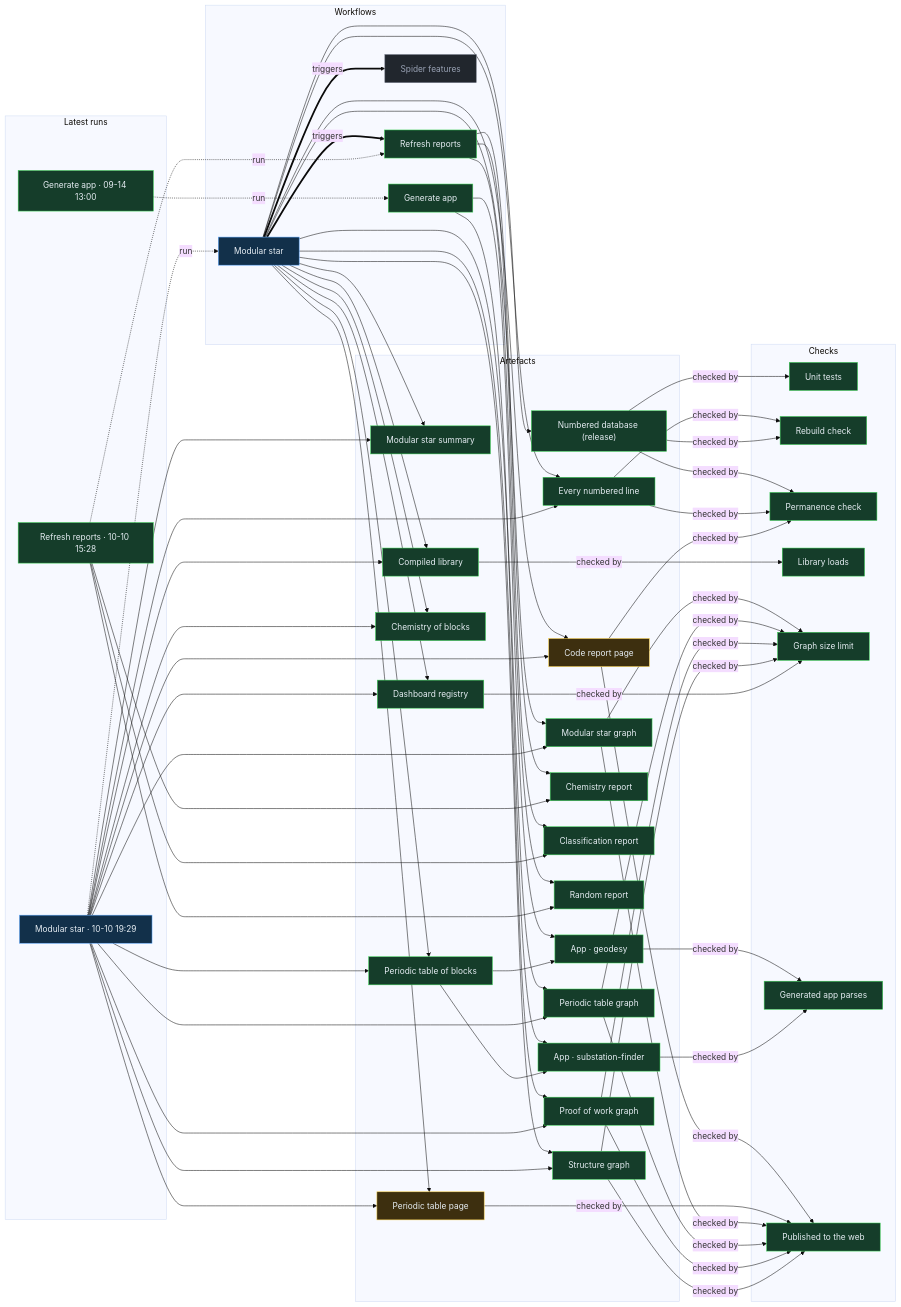
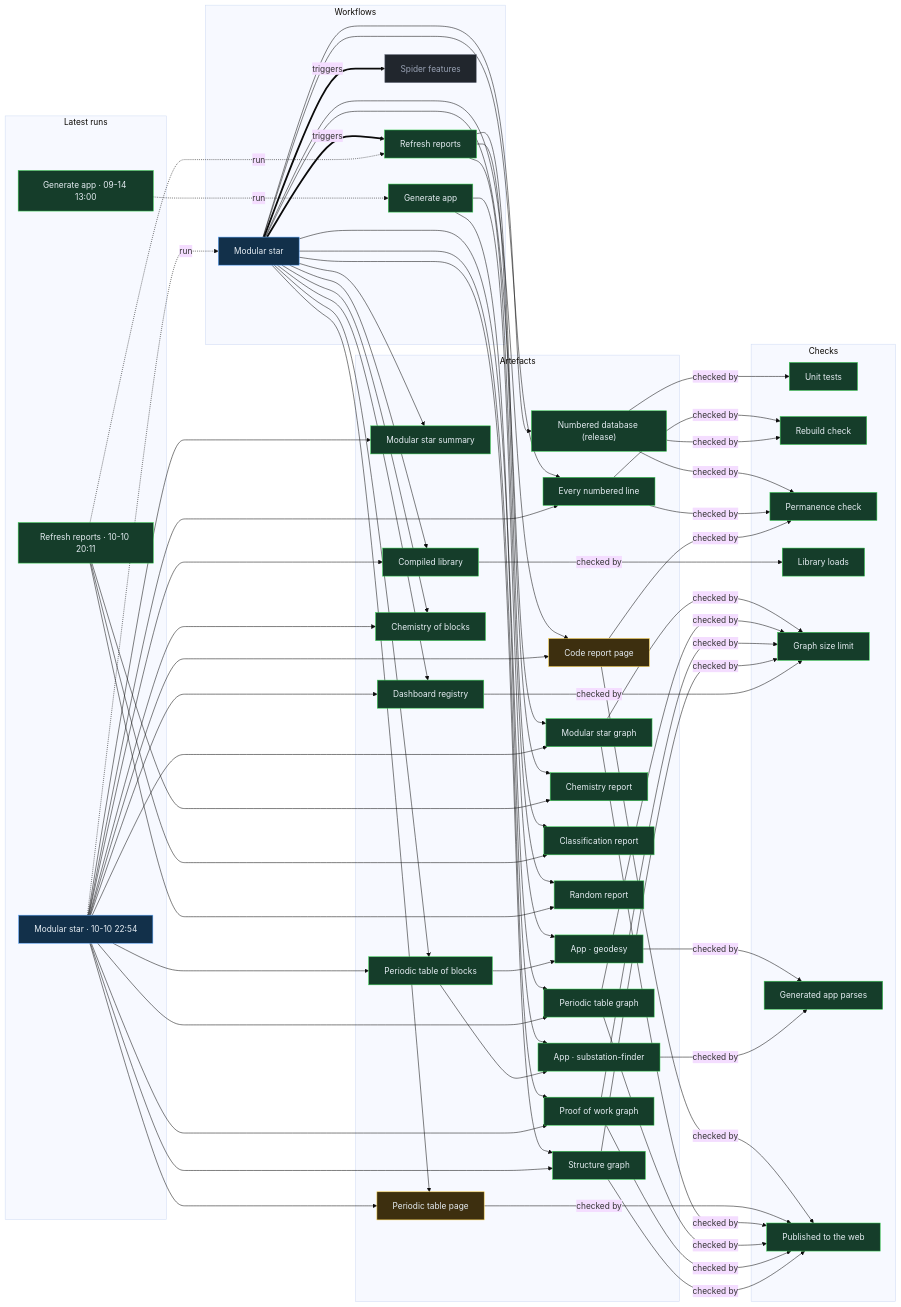
One commit to Ventusltd/stars changed the diagram in proof/PROOF.md. Above: the diagram before and after it, drawn with Mermaid (base theme). The commit also changed other lines of this file and 44 other files, not shown here.

Commit message:
Modular star 2026-10-10T22:56Z

```diff
--- a/proof/PROOF.md
+++ b/proof/PROOF.md
@@ -24,8 +24,8 @@
   n_wf_spider_features["Spider features"]:::off
   end
   subgraph g_runs["Latest runs"]
-  n_run_38079985999["Modular star · 10-10 19:29"]:::live
-  n_run_38063739788["Refresh reports · 10-10 15:28"]:::ok
+  n_run_38093112784["Modular star · 10-10 22:54"]:::live
+  n_run_38082743179["Refresh reports · 10-10 20:11"]:::ok
   n_run_34846587798["Generate app · 09-14 13:00"]:::ok
   end
   subgraph g_artefacts["Artefacts"]
@@ -59,39 +59,39 @@
   end
   n_wf_modular_star == triggers ==> n_wf_refresh
   n_wf_modular_star == triggers ==> n_wf_spider_features
-  n_run_38079985999 -. run .-> n_wf_modular_star
-  n_run_38063739788 -. run .-> n_wf_refresh
+  n_run_38093112784 -. run .-> n_wf_modular_star
+  n_run_38082743179 -. run .-> n_wf_refresh
   n_run_34846587798 -. run .-> n_wf_generate
   n_wf_modular_star --> n_art_summary
-  n_run_38079985999 --> n_art_summary
+  n_run_38093112784 --> n_art_summary
   n_wf_modular_star --> n_art_lines
-  n_run_38079985999 --> n_art_lines
+  n_run_38093112784 --> n_art_lines
   n_wf_modular_star --> n_art_code
-  n_run_38079985999 --> n_art_code
+  n_run_38093112784 --> n_art_code
   n_wf_modular_star --> n_art_modular_graph
-  n_run_38079985999 --> n_art_modular_graph
+  n_run_38093112784 --> n_art_modular_graph
   n_wf_modular_star --> n_art_blocks
-  n_run_38079985999 --> n_art_blocks
+  n_run_38093112784 --> n_art_blocks
   n_wf_modular_star --> n_art_table
-  n_run_38079985999 --> n_art_table
+  n_run_38093112784 --> n_art_table
   n_wf_modular_star --> n_art_blocks_graph
-  n_run_38079985999 --> n_art_blocks_graph
+  n_run_38093112784 --> n_art_blocks_graph
   n_wf_modular_star --> n_art_reactions
-  n_run_38079985999 --> n_art_reactions
+  n_run_38093112784 --> n_art_reactions
   n_wf_modular_star --> n_art_library
-  n_run_38079985999 --> n_art_library
+  n_run_38093112784 --> n_art_library
   n_wf_modular_star --> n_art_features
-  n_run_38079985999 --> n_art_features
+  n_run_38093112784 --> n_art_features
   n_wf_modular_star --> n_art_proof
-  n_run_38079985999 --> n_art_proof
+  n_run_38093112784 --> n_art_proof
   n_wf_modular_star --> n_art_structure
-  n_run_38079985999 --> n_art_structure
+  n_run_38093112784 --> n_art_structure
   n_wf_refresh --> n_art_chemistry
-  n_run_38063739788 --> n_art_chemistry
+  n_run_38082743179 --> n_art_chemistry
   n_wf_refresh --> n_art_vedic
-  n_run_38063739788 --> n_art_vedic
+  n_run_38082743179 --> n_art_vedic
   n_wf_refresh --> n_art_random
-  n_run_38063739788 --> n_art_random
+  n_run_38082743179 --> n_art_random
   n_wf_modular_star --> n_art_release
   n_wf_generate --> n_app_geodesy
   n_art_blocks --> n_app_geodesy
```
